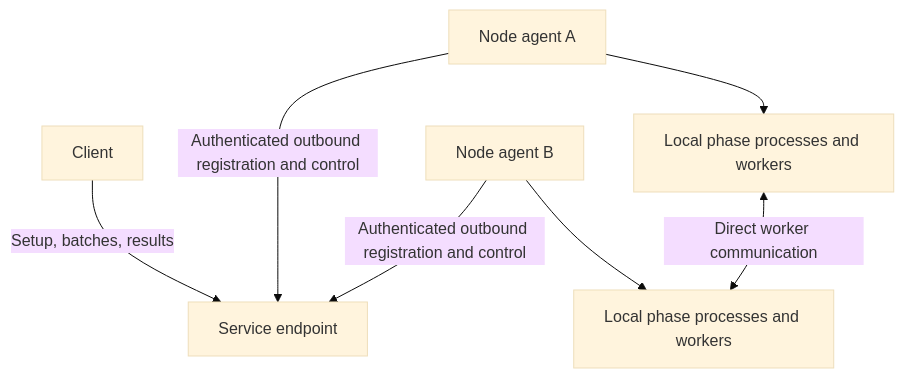
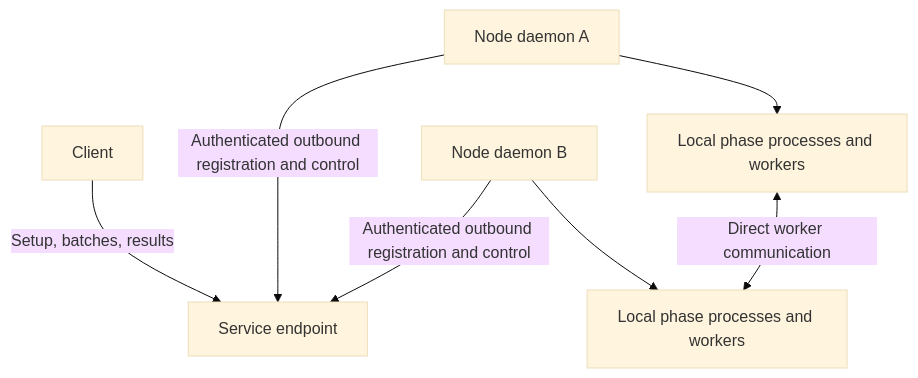
Before and after one commit to als244/shadowspill: the diagram in docs/architecture/service/README.md, drawn with Mermaid (base theme). The commit also changed other lines of this file and 50 other files, not shown here.

First line of the commit message:
Call the per-node helper program a node daemon

````diff
--- a/docs/architecture/service/README.md
+++ b/docs/architecture/service/README.md
@@ -12,9 +12,9 @@
 ```mermaid
 flowchart TB
     C[Client] -->|Setup, batches, results| S[Service endpoint]
-    A[Node agent A] -->|Authenticated outbound registration and control| S
-    B[Node agent B] -->|Authenticated outbound registration and control| S
+    A[Node daemon A] -->|Authenticated outbound registration and control| S
+    B[Node daemon B] -->|Authenticated outbound registration and control| S
     A --> WA[Local phase processes and workers]
     B --> WB[Local phase processes and workers]
     WA <-->|Direct worker communication| WB
 ```
````
